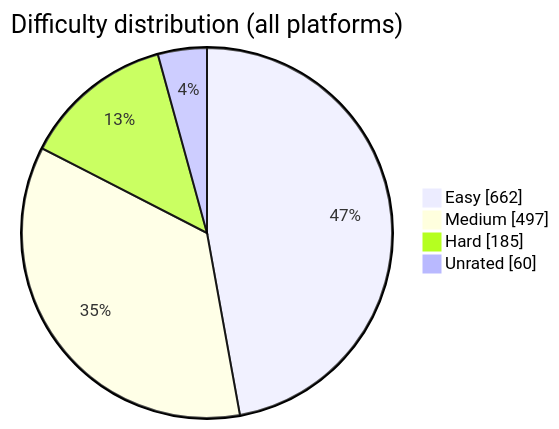
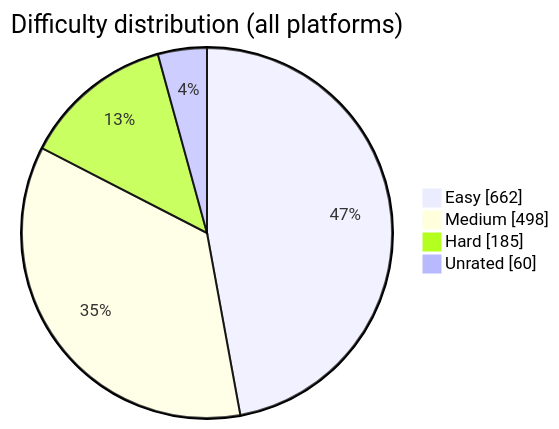
Before and after one commit to BuildbyArindam/Daily-Coding-Log: the diagram in README.md, drawn with Mermaid. The commit also changed other lines of this file, not shown here.

````diff
--- a/README.md
+++ b/README.md
@@ -93,7 +93,7 @@
 ```mermaid
 pie showData title Difficulty distribution (all platforms)
     "Easy" : 662
-    "Medium" : 497
+    "Medium" : 498
     "Hard" : 185
     "Unrated" : 60
 ```
````
